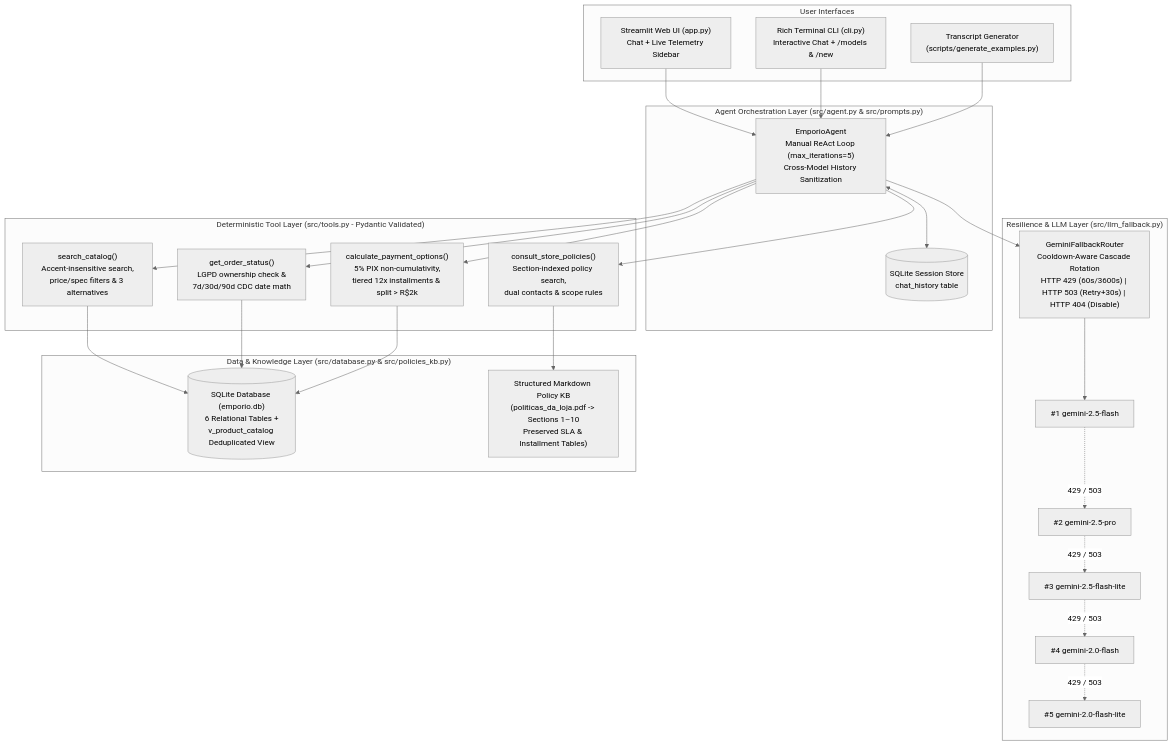
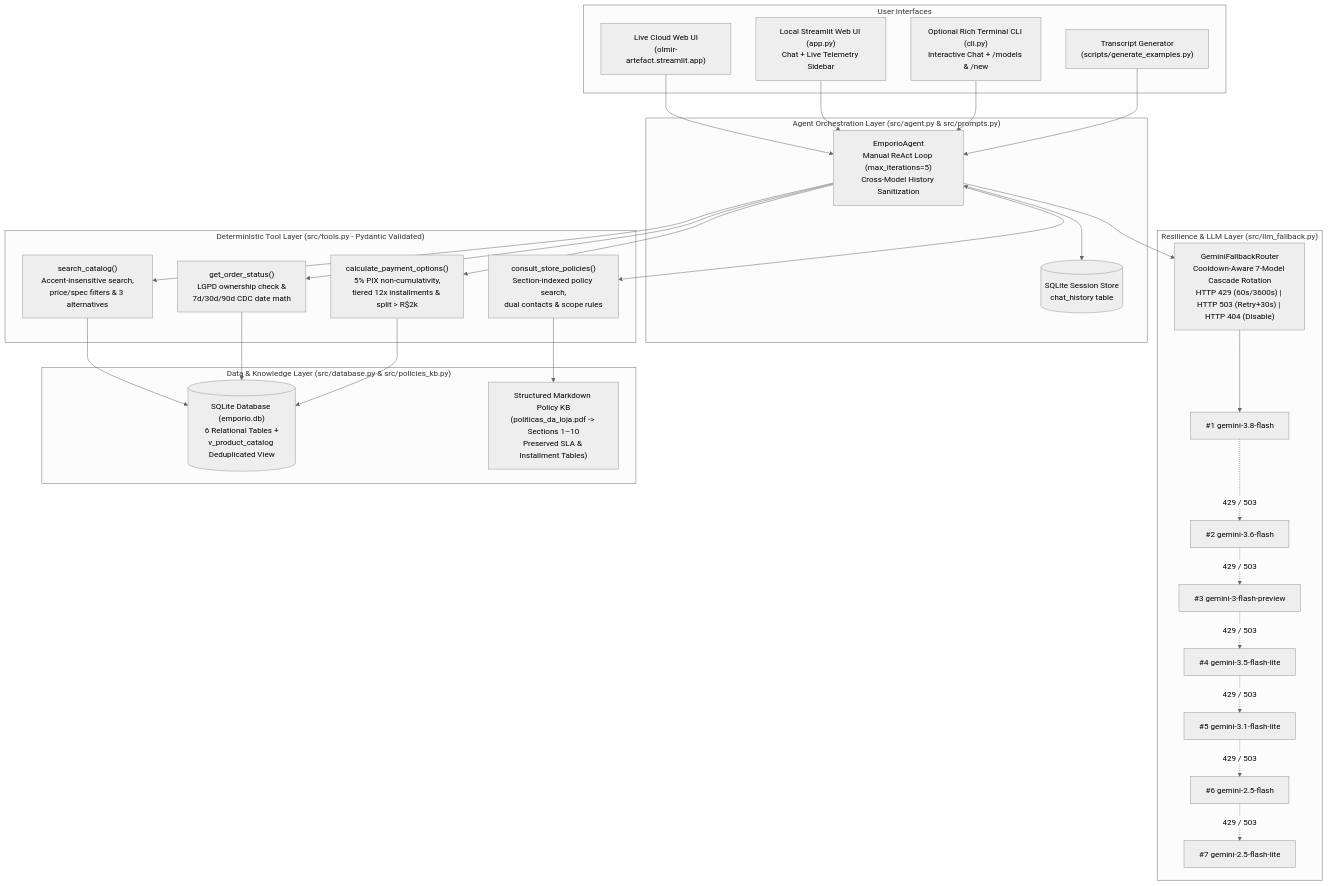
The first of 2 diagrams in README.md (owmyr/Artefact), drawn with Mermaid (neutral theme) before and after one commit. The commit also changed other lines of this file and 5 other files, not shown here.

Commit message:
docs(readme): add live streamlit cloud url, update 7-model cascade, clarify optional cli and adversarial multi-ai workflow

````diff
--- a/README.md
+++ b/README.md
@@ -44,49 +55,55 @@
 ```mermaid
 flowchart TB
     subgraph Interfaces["User Interfaces"]
-        UI["Streamlit Web UI (app.py)<br/>Chat + Live Telemetry Sidebar"]
-        CLI["Rich Terminal CLI (cli.py)<br/>Interactive Chat + /models & /new"]
+        CLOUD["Live Cloud Web UI<br/>(olmir-artefact.streamlit.app)"]
+        UI["Local Streamlit Web UI (app.py)<br/>Chat + Live Telemetry Sidebar"]
+        CLI["Optional Rich Terminal CLI (cli.py)<br/>Interactive Chat + /models & /new"]
         GEN["Transcript Generator<br/>(scripts/generate_examples.py)"]
     end
 
     subgraph AgentCore["Agent Orchestration Layer (src/agent.py & src/prompts.py)"]
         AGENT["EmporioAgent<br/>Manual ReAct Loop (max_iterations=5)<br/>Cross-Model History Sanitization"]
         MEM[("SQLite Session Store<br/>chat_history table")]
     end
 
     subgraph RouterLayer["Resilience & LLM Layer (src/llm_fallback.py)"]
-        ROUTER["GeminiFallbackRouter<br/>Cooldown-Aware Cascade Rotation<br/>HTTP 429 (60s/3600s) | HTTP 503 (Retry+30s) | HTTP 404 (Disable)"]
-        M1["#1 gemini-2.5-flash"]
-        M2["#2 gemini-2.5-pro"]
-        M3["#3 gemini-2.5-flash-lite"]
-        M4["#4 gemini-2.0-flash"]
-        M5["#5 gemini-2.0-flash-lite"]
+        ROUTER["GeminiFallbackRouter<br/>Cooldown-Aware 7-Model Cascade Rotation<br/>HTTP 429 (60s/3600s) | HTTP 503 (Retry+30s) | HTTP 404 (Disable)"]
+        M1["#1 gemini-3.8-flash"]
+        M2["#2 gemini-3.6-flash"]
+        M3["#3 gemini-3-flash-preview"]
+        M4["#4 gemini-3.5-flash-lite"]
+        M5["#5 gemini-3.1-flash-lite"]
+        M6["#6 gemini-2.5-flash"]
+        M7["#7 gemini-2.5-flash-lite"]
     end
 
     subgraph ToolLayer["Deterministic Tool Layer (src/tools.py - Pydantic Validated)"]
         T1["search_catalog()<br/>Accent-insensitive search,<br/>price/spec filters & 3 alternatives"]
         T2["calculate_payment_options()<br/>5% PIX non-cumulativity,<br/>tiered 12x installments & split > R$2k"]
         T3["get_order_status()<br/>LGPD ownership check &<br/>7d/30d/90d CDC date math"]
         T4["consult_store_policies()<br/>Section-indexed policy search,<br/>dual contacts & scope rules"]
     end
 
     subgraph DataLayer["Data & Knowledge Layer (src/database.py & src/policies_kb.py)"]
         DB[("SQLite Database (emporio.db)<br/>6 Relational Tables +<br/>v_product_catalog Deduplicated View")]
         KB["Structured Markdown Policy KB<br/>(politicas_da_loja.pdf -> Sections 1–10<br/>Preserved SLA & Installment Tables)"]
     end
 
+    CLOUD --> AGENT
     UI --> AGENT
     CLI --> AGENT
     GEN --> AGENT
     AGENT <--> MEM
     AGENT --> ROUTER
     ROUTER --> M1
     M1 -. "429 / 503" .-> M2
     M2 -. "429 / 503" .-> M3
     M3 -. "429 / 503" .-> M4
     M4 -. "429 / 503" .-> M5
+    M5 -. "429 / 503" .-> M6
+    M6 -. "429 / 503" .-> M7
     AGENT --> T1 & T2 & T3 & T4
     T1 & T3 --> DB
     T2 --> DB
     T4 --> KB
 ```
````
